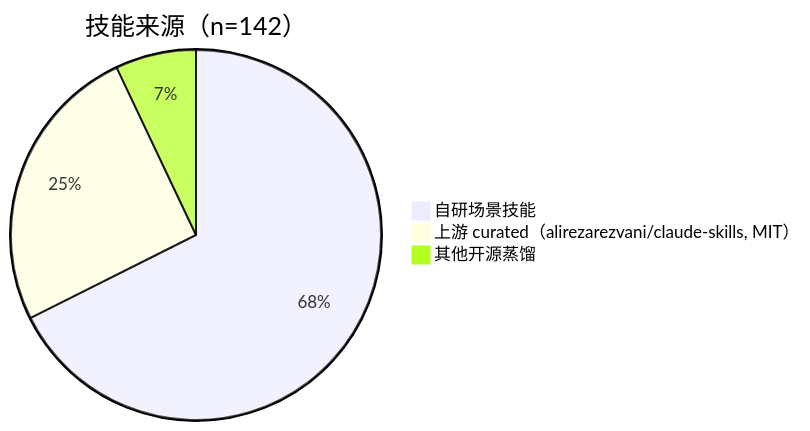
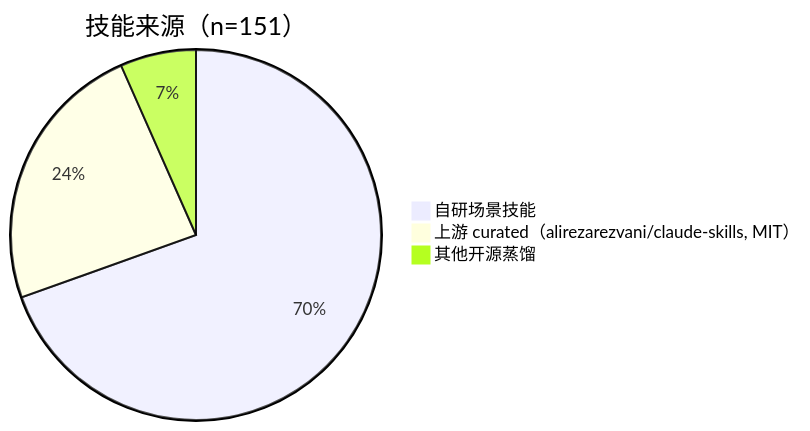
Before and after one commit to Morningstar202604/awesome-skillkit: the second of 3 diagrams in README.zh-CN.md, drawn with Mermaid. The commit also changed other lines of this file and 75 other files, not shown here.

````diff
--- a/README.zh-CN.md
+++ b/README.zh-CN.md
@@ -44,6 +44,6 @@
 ```mermaid
-pie title 技能来源（n=142）
-    "自研场景技能" : 96
+pie title 技能来源（n=151）
+    "自研场景技能" : 105
     "上游 curated（alirezarezvani/claude-skills, MIT）" : 36
     "其他开源蒸馏" : 10
 ```
````
